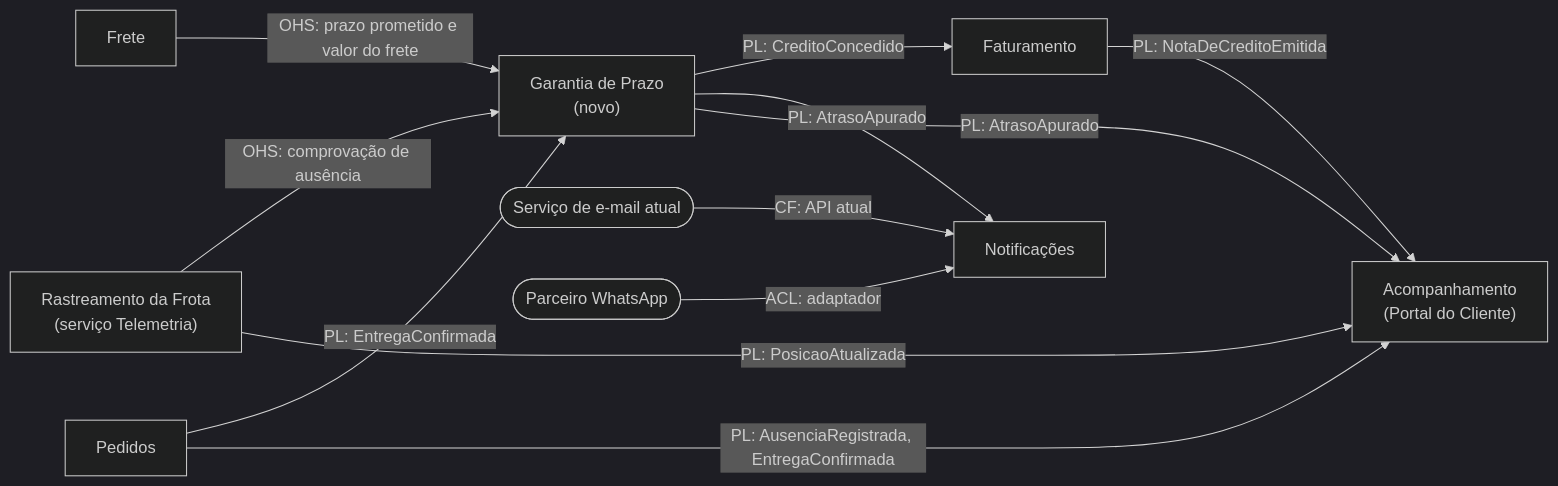
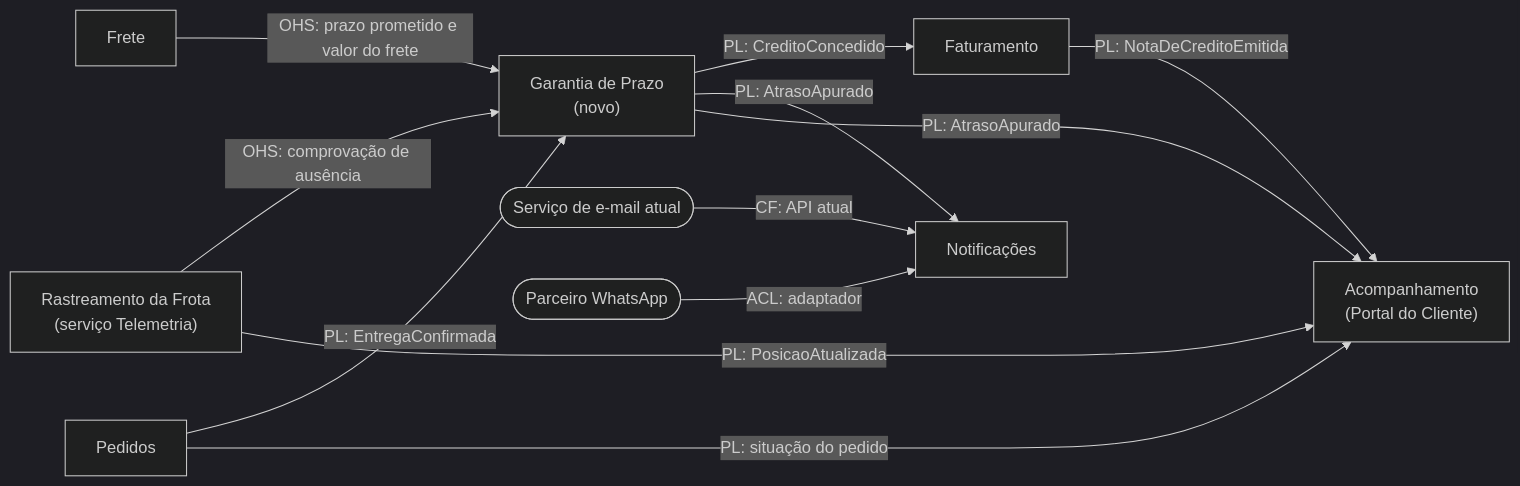
The diagram in docs/01-dominio.md (Dhiegou/mwe-2026-2-cp3-logitech), drawn with Mermaid (dark theme) before and after one commit. The commit also changed 2 other files, not shown here.

Commit message:
docs: arquitetura, protocolos e padrões da Garantia de Prazo

````diff
--- a/docs/01-dominio.md
+++ b/docs/01-dominio.md
@@ -37,24 +37,24 @@
 ```mermaid
 flowchart LR
     FRE["Frete"]
     PED["Pedidos"]
     RAS["Rastreamento da Frota<br/>(serviço Telemetria)"]
     GAR["Garantia de Prazo<br/>(novo)"]
     FAT["Faturamento"]
     NOT["Notificações"]
     ACO["Acompanhamento<br/>(Portal do Cliente)"]
     EMA(["Serviço de e-mail atual"])
     WPP(["Parceiro WhatsApp"])
 
     FRE -->|"OHS: prazo prometido e valor do frete"| GAR
     PED -->|"PL: EntregaConfirmada"| GAR
     RAS -->|"OHS: comprovação de ausência"| GAR
     GAR -->|"PL: CreditoConcedido"| FAT
     GAR -->|"PL: AtrasoApurado"| NOT
     EMA -->|"CF: API atual"| NOT
     WPP -->|"ACL: adaptador"| NOT
     RAS -->|"PL: PosicaoAtualizada"| ACO
-    PED -->|"PL: AusenciaRegistrada, EntregaConfirmada"| ACO
+    PED -->|"PL: situação do pedido"| ACO
     GAR -->|"PL: AtrasoApurado"| ACO
     FAT -->|"PL: NotaDeCreditoEmitida"| ACO
 ```
````
